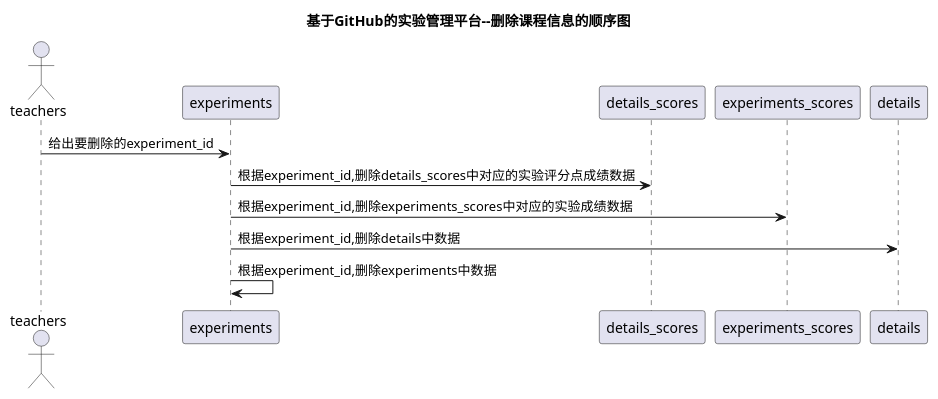
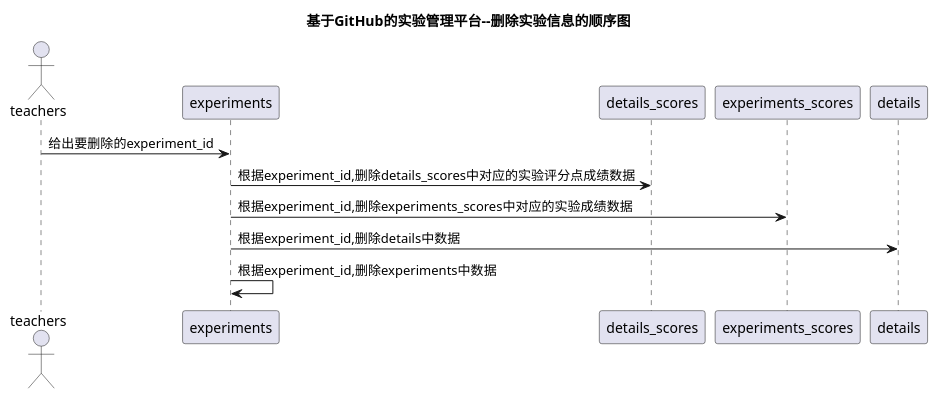
The diagram in test6/src/顺序图/删除实验信息.wsd (aGreySky/is_analysis), drawn with PlantUML before and after one commit. The commit also changed 164 other files, not shown here.

```diff
--- a/test6/src/顺序图/删除实验信息.wsd
+++ b/test6/src/顺序图/删除实验信息.wsd
@@ -1,11 +1,11 @@
 @startuml
-title 基于GitHub的实验管理平台--删除课程信息的顺序图
+title 基于GitHub的实验管理平台--删除实验信息的顺序图
 actor teachers
 teachers -> experiments: 给出要删除的experiment_id
 experiments -> details_scores: 根据experiment_id,删除details_scores中对应的实验评分点成绩数据
 experiments -> experiments_scores: 根据experiment_id,删除experiments_scores中对应的实验成绩数据
 experiments -> details: 根据experiment_id,删除details中数据
 experiments -> experiments: 根据experiment_id,删除experiments中数据
 
 
 @enduml
```
